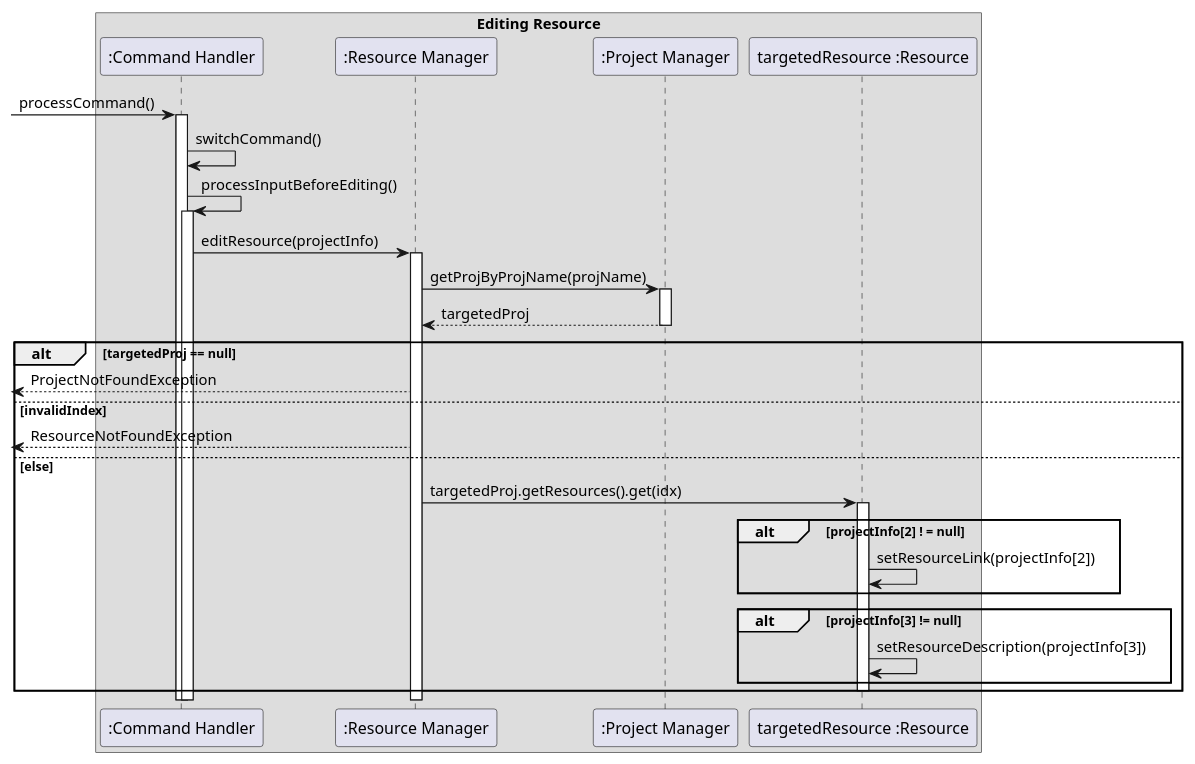
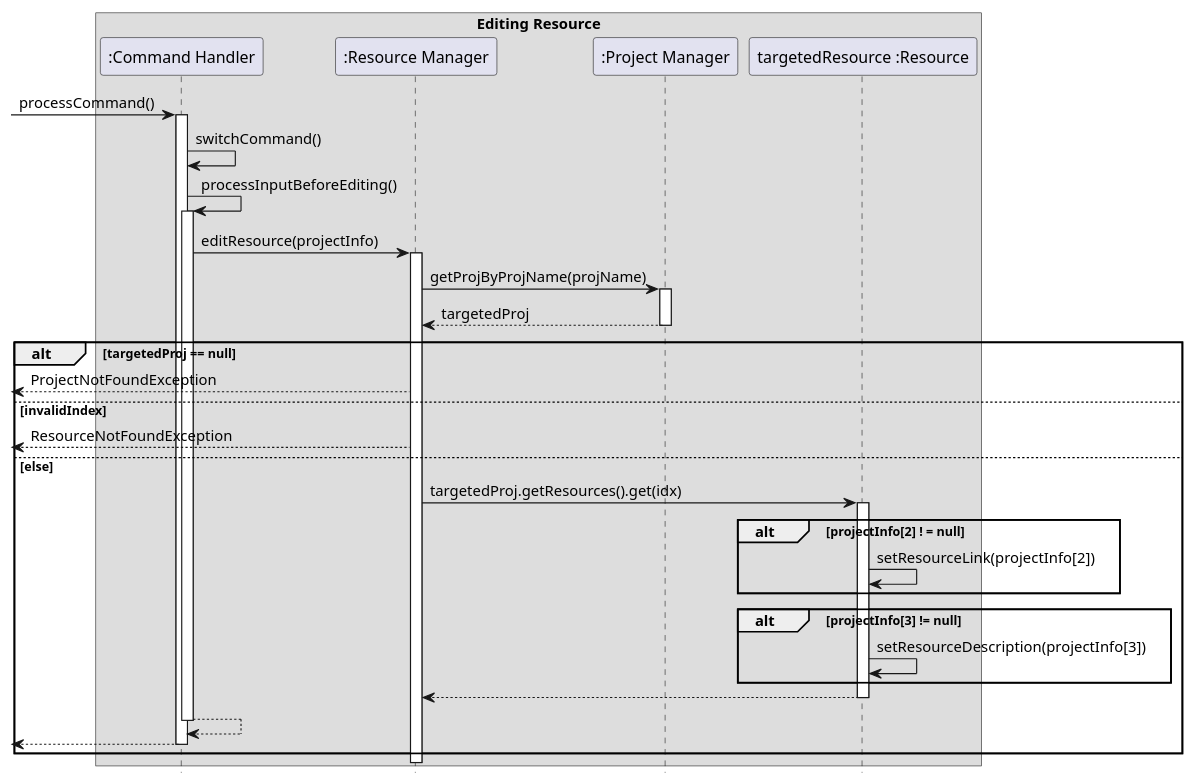
One commit to s-t-e-f/tp changed the diagram in docs/diagrams/Edit.puml. Above: the diagram before and after it, drawn with PlantUML. The commit also changed 13 other files, not shown here.

Commit message:
Standardise sequence diagrams

```diff
--- a/docs/diagrams/Edit.puml
+++ b/docs/diagrams/Edit.puml
@@ -1,42 +1,47 @@
 @startuml
+hide footbox
 'https://plantuml.com/sequence-diagram
 
 box Editing Resource
 participant ":Command Handler" as CommandHandler
 participant ":Resource Manager" as ResourceManager
 participant ":Project Manager" as ProjectManager
 participant "targetedResource :Resource" as Resource
 
 [-> CommandHandler : processCommand()
 activate CommandHandler
 CommandHandler -> CommandHandler : switchCommand()
 CommandHandler -> CommandHandler : processInputBeforeEditing()
 activate CommandHandler
 
 CommandHandler -> ResourceManager : editResource(projectInfo)
 activate ResourceManager
 ResourceManager -> ProjectManager : getProjByProjName(projName)
 activate ProjectManager
 ResourceManager <-- ProjectManager : targetedProj
 deactivate ProjectManager
 
 alt targetedProj == null
     [<-- ResourceManager : ProjectNotFoundException
 else invalidIndex
     [<-- ResourceManager : ResourceNotFoundException
 else else
     ResourceManager -> Resource : targetedProj.getResources().get(idx)
     activate Resource
     alt projectInfo[2] ! = null
         Resource -> Resource : setResourceLink(projectInfo[2])
         end
     alt projectInfo[3] != null
         Resource -> Resource : setResourceDescription(projectInfo[3])
         end
+    return
     deactivate Resource
+
+return
+return
 end
 
 
 
 
 @enduml
```
